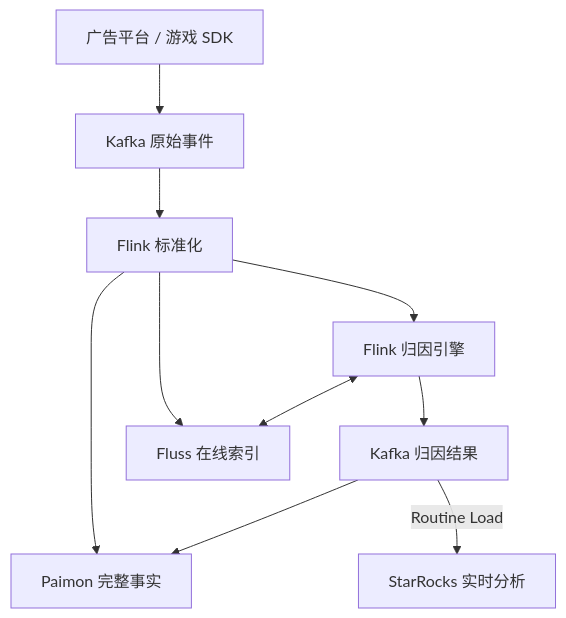
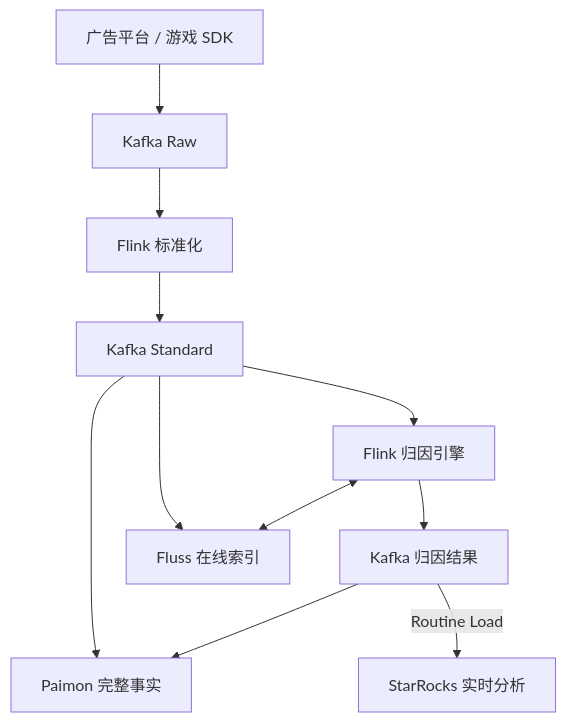
Before and after one commit to zilch404/game-attribution-engineering: the diagram in README.md, drawn with Mermaid. The commit also changed other lines of this file and 52 other files, not shown here.

````diff
--- a/README.md
+++ b/README.md
@@ -57,12 +60,13 @@
 ```mermaid
 flowchart TD
-    A["广告平台 / 游戏 SDK"] --> K["Kafka 原始事件"]
+    A["广告平台 / 游戏 SDK"] --> K["Kafka Raw"]
     K --> N["Flink 标准化"]
-    N --> P["Paimon 完整事实"]
-    N --> F["Fluss 在线索引"]
-    N --> E["Flink 归因引擎"]
+    N --> C["Kafka Standard"]
+    C --> P["Paimon 完整事实"]
+    C --> F["Fluss 在线索引"]
+    C --> E["Flink 归因引擎"]
     E <--> F
     E --> R["Kafka 归因结果"]
     R --> P
     R -->|Routine Load| S["StarRocks 实时分析"]
 ```
````
